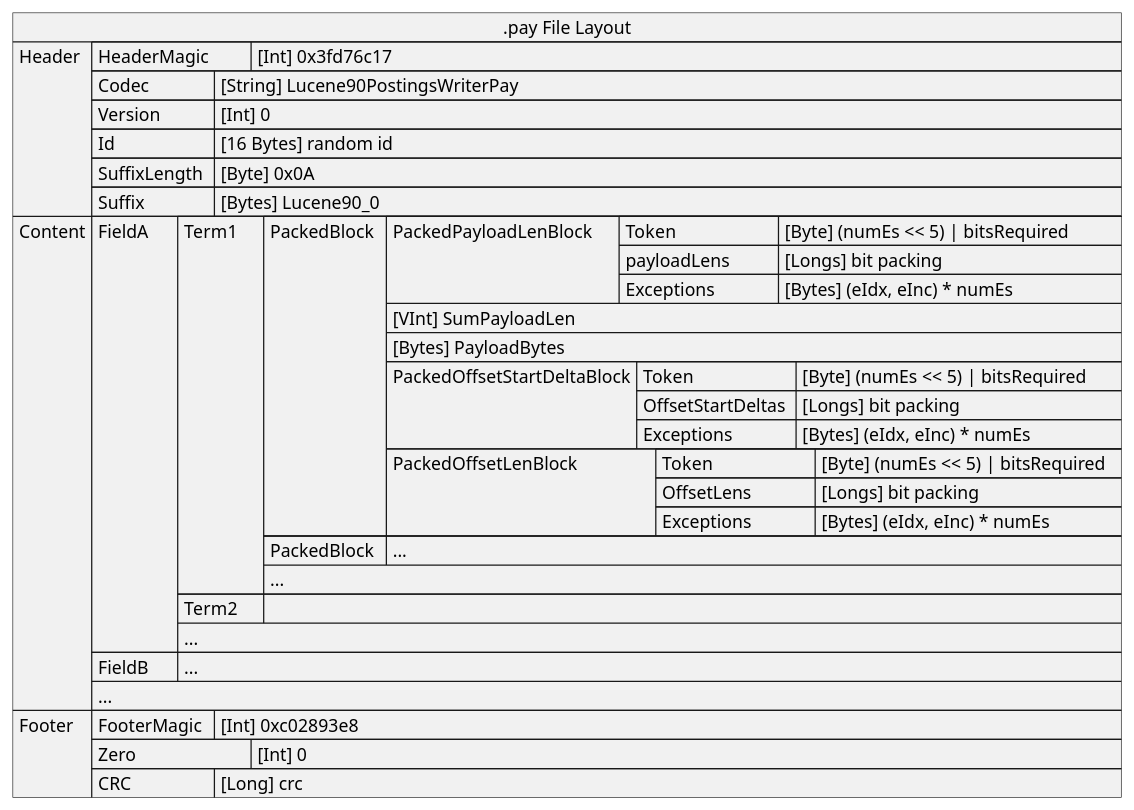
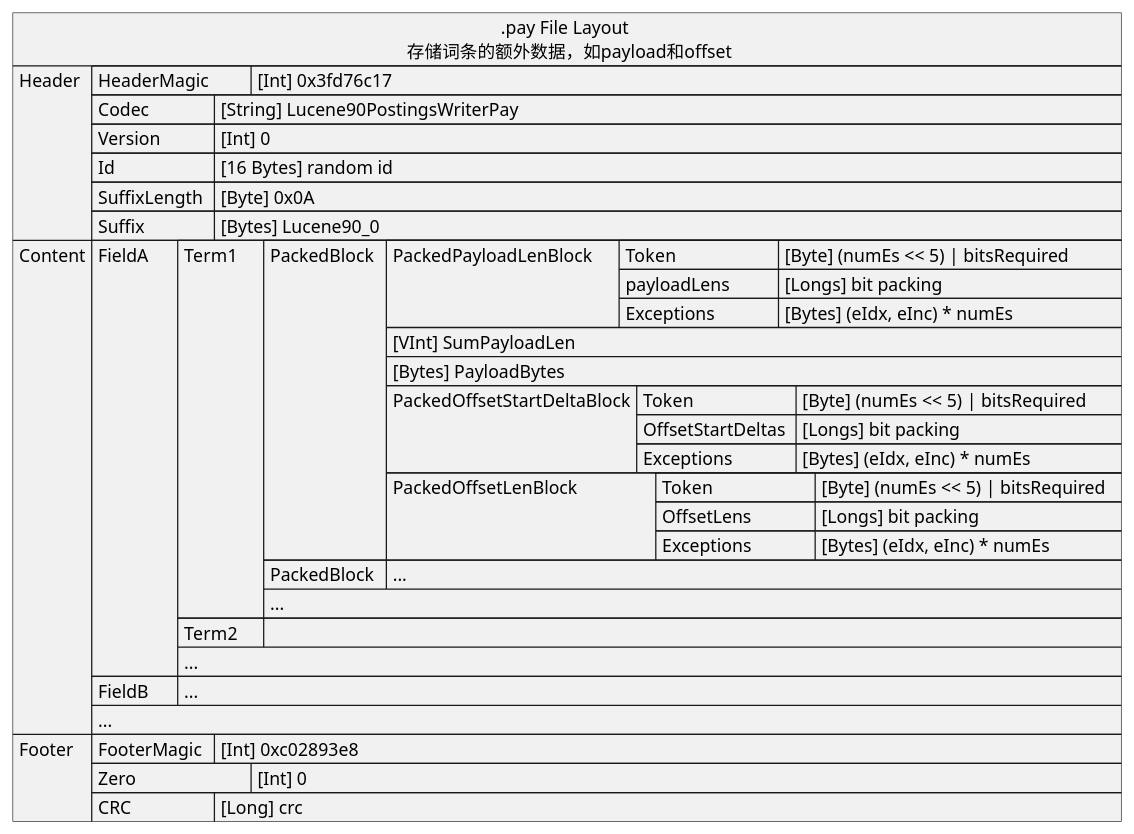
One commit to big-peter/lucene changed the diagram in uml/fileLayout/03.pay.puml. Above: the diagram before and after it, drawn with PlantUML. The commit also changed 7 other files, not shown here.

Commit message:
add uml desc

```diff
--- a/uml/fileLayout/03.pay.puml
+++ b/uml/fileLayout/03.pay.puml
@@ -4,48 +4,48 @@
 @startuml
-json ".pay File Layout" as J {
+json ".pay File Layout \n 存储词条的额外数据，如payload和offset" as J {
    "Header":[
       {"HeaderMagic\t": "[Int] 0x3fd76c17"},
       {"Codec\t\t": "[String] Lucene90PostingsWriterPay"},
       {"Version\t\t": "[Int] 0"},
       {"Id\t\t\t": "[16 Bytes] random id"},
       {"SuffixLength\t": "[Byte] 0x0A"},
       {"Suffix\t\t": "[Bytes] Lucene90_0"}
    ],
    "Content":[
     {"FieldA\t": [
       {"Term1\t": [
          {"PackedBlock\t":[
             {"PackedPayloadLenBlock\t":[
                {"Token\t\t\t": "[Byte] (numEs << 5) | bitsRequired\t"},
                {"payloadLens\t\t": "[Longs] bit packing"},
                {"Exceptions\t\t": "[Bytes] (eIdx, eInc) * numEs"}
             ]},
             "[VInt] SumPayloadLen",
             "[Bytes] PayloadBytes",
             {"PackedOffsetStartDeltaBlock":[
               {"Token\t\t\t": "[Byte] (numEs << 5) | bitsRequired\t"},
               {"OffsetStartDeltas\t": "[Longs] bit packing"},
               {"Exceptions\t\t": "[Bytes] (eIdx, eInc) * numEs"}
             ]},
             {"PackedOffsetLenBlock\t\t":[
               {"Token\t\t\t": "[Byte] (numEs << 5) | bitsRequired\t"},
               {"OffsetLens\t\t": "[Longs] bit packing"},
               {"Exceptions\t\t": "[Bytes] (eIdx, eInc) * numEs"}
             ]}
          ]},
          {"PackedBlock\t":["..."]},
          "..."
       ]},
       {"Term2\t": []},
       "..."
     ]},
     {"FieldB\t":["..."]},
     "..."
    ],
    "Footer":[
       {"FooterMagic\t": "[Int] 0xc02893e8"},
       {"Zero\t\t\t": "[Int] 0"},
       {"CRC\t\t\t": "[Long] crc"}
    ]
 }
 @enduml
```
